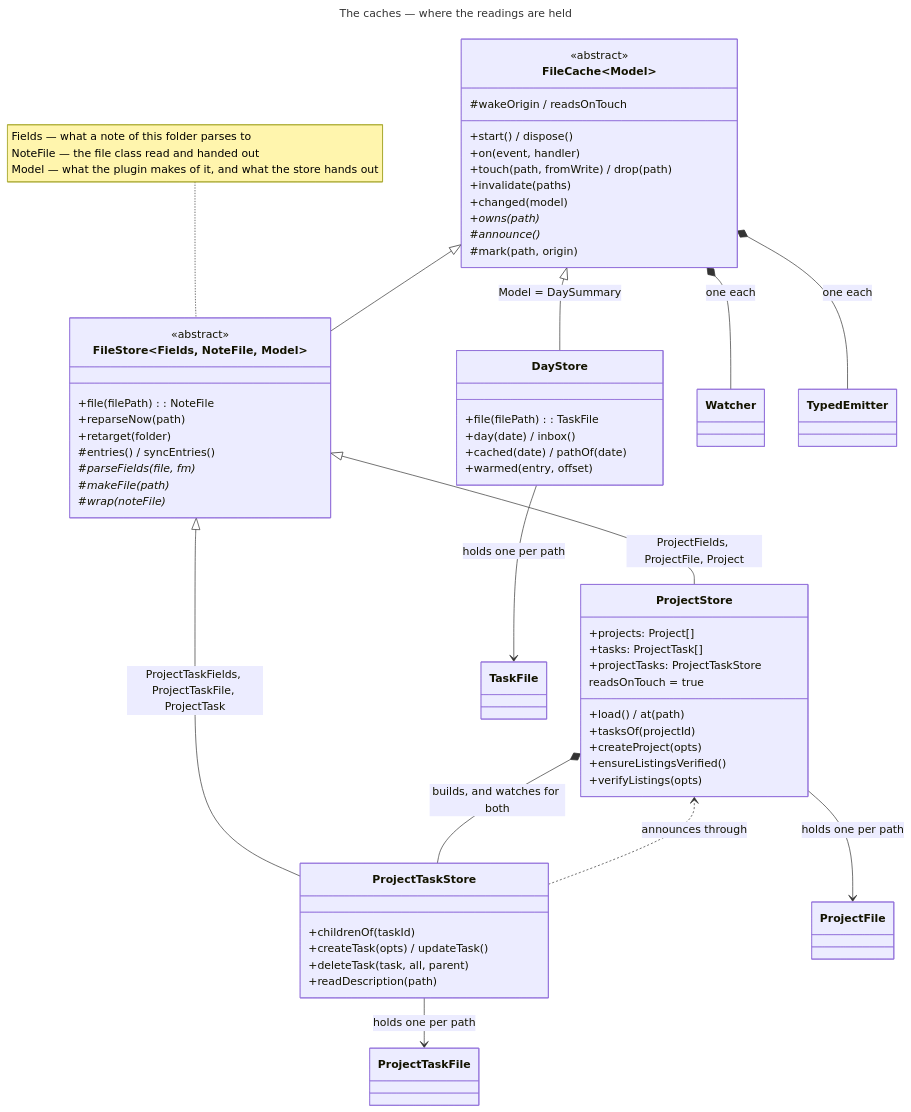
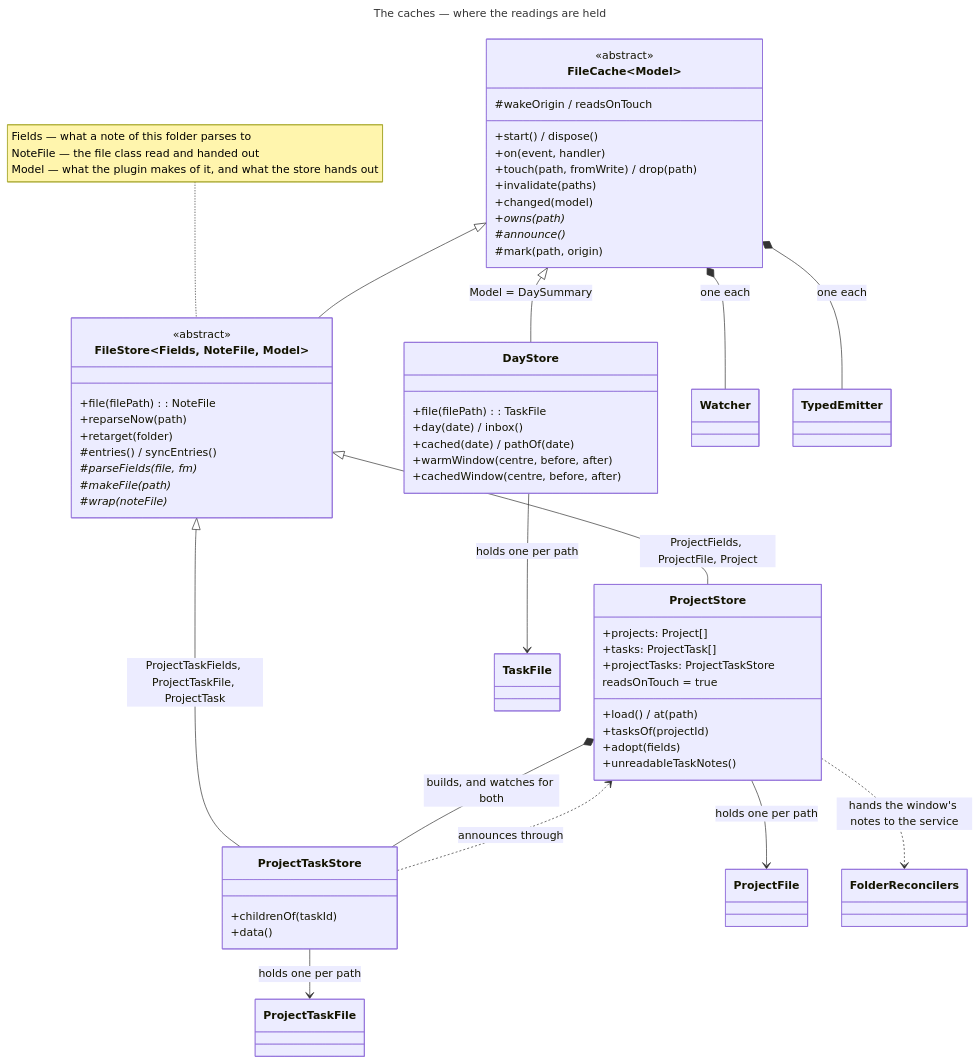
The diagram in docs/technical/diagrams/stores.mmd (Laurent-Ferier/pm-compass), drawn with Mermaid before and after one commit. The commit also changed 39 other files, not shown here.

First line of the commit message:
refactor: a service over the project stores, and a cache that only caches

```diff
--- a/docs/technical/diagrams/stores.mmd
+++ b/docs/technical/diagrams/stores.mmd
@@ -1,70 +1,69 @@
 ---
 title: The caches — where the readings are held
 ---
 classDiagram
   direction TB
 
   class FileCache~Model~ {
     <<abstract>>
     +start() / dispose()
     +on(event, handler)
     +touch(path, fromWrite) / drop(path)
     +invalidate(paths)
     +changed(model)
     +owns(path)*
     #announce()*
     #mark(path, origin)
     #wakeOrigin / readsOnTouch
   }
 
   class FileStore~Fields, NoteFile, Model~ {
     <<abstract>>
     +file(filePath): NoteFile
     +reparseNow(path)
     +retarget(folder)
     #entries() / syncEntries()
     #parseFields(file, fm)*
     #makeFile(path)*
     #wrap(noteFile)*
   }
 
   class ProjectStore {
     +projects: Project[]
     +tasks: ProjectTask[]
     +projectTasks: ProjectTaskStore
     +load() / at(path)
     +tasksOf(projectId)
-    +createProject(opts)
-    +ensureListingsVerified()
-    +verifyListings(opts)
+    +adopt(fields)
+    +unreadableTaskNotes()
     readsOnTouch = true
   }
 
   class ProjectTaskStore {
     +childrenOf(taskId)
-    +createTask(opts) / updateTask()
-    +deleteTask(task, all, parent)
-    +readDescription(path)
+    +data()
   }
 
   class DayStore {
     +file(filePath): TaskFile
     +day(date) / inbox()
     +cached(date) / pathOf(date)
-    +warmed(entry, offset)
+    +warmWindow(centre, before, after)
+    +cachedWindow(centre, before, after)
   }
 
   note for FileStore "Fields — what a note of this folder parses to<br/>NoteFile — the file class read and handed out<br/>Model — what the plugin makes of it, and what the store hands out"
 
   FileCache <|-- FileStore
   FileCache <|-- DayStore : Model = DaySummary
   FileStore <|-- ProjectStore : ProjectFields, ProjectFile, Project
   FileStore <|-- ProjectTaskStore : ProjectTaskFields, ProjectTaskFile, ProjectTask
 
   ProjectStore *-- ProjectTaskStore : builds, and watches for both
   FileCache *-- Watcher : one each
   FileCache *-- TypedEmitter : one each
   ProjectStore --> ProjectFile : holds one per path
   ProjectTaskStore --> ProjectTaskFile : holds one per path
   DayStore --> TaskFile : holds one per path
   ProjectTaskStore ..> ProjectStore : announces through
+  ProjectStore ..> FolderReconcilers : hands the window's notes to the service
```
